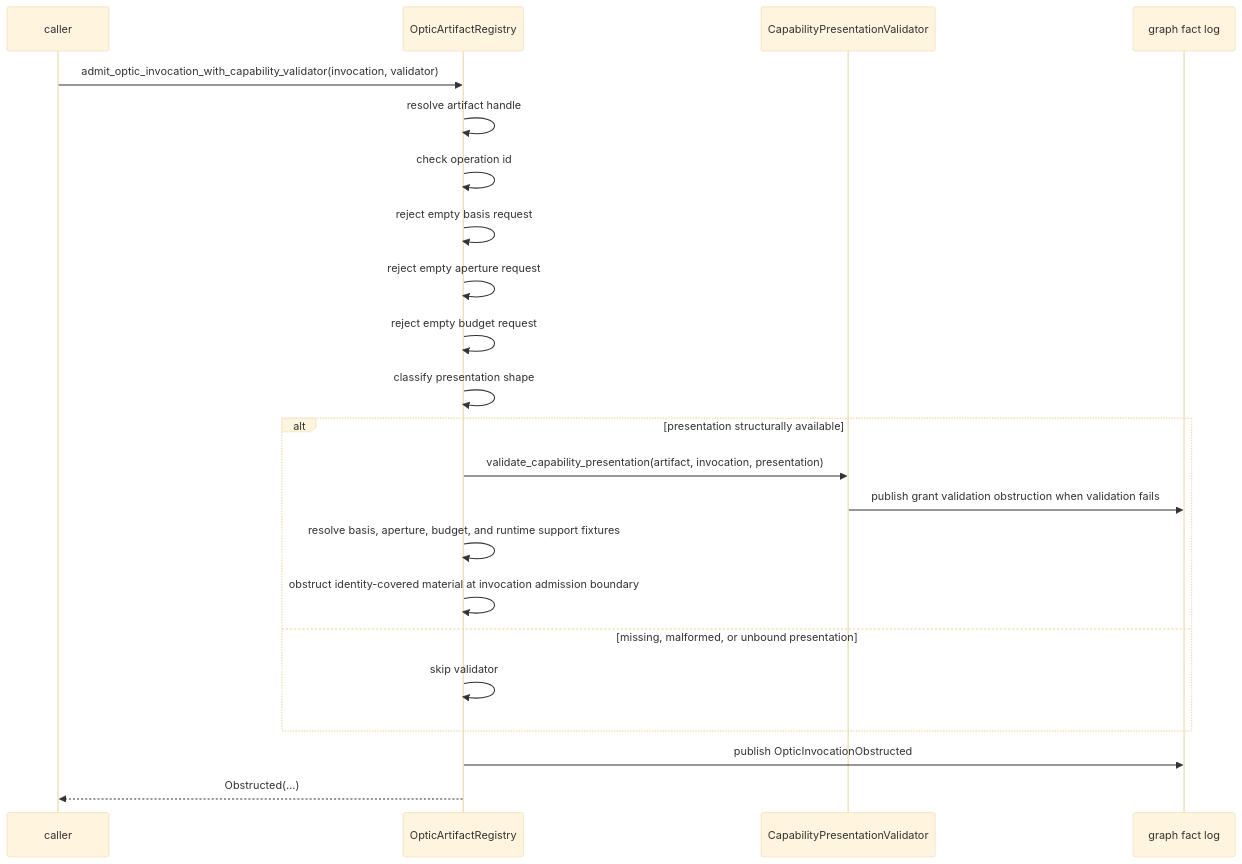
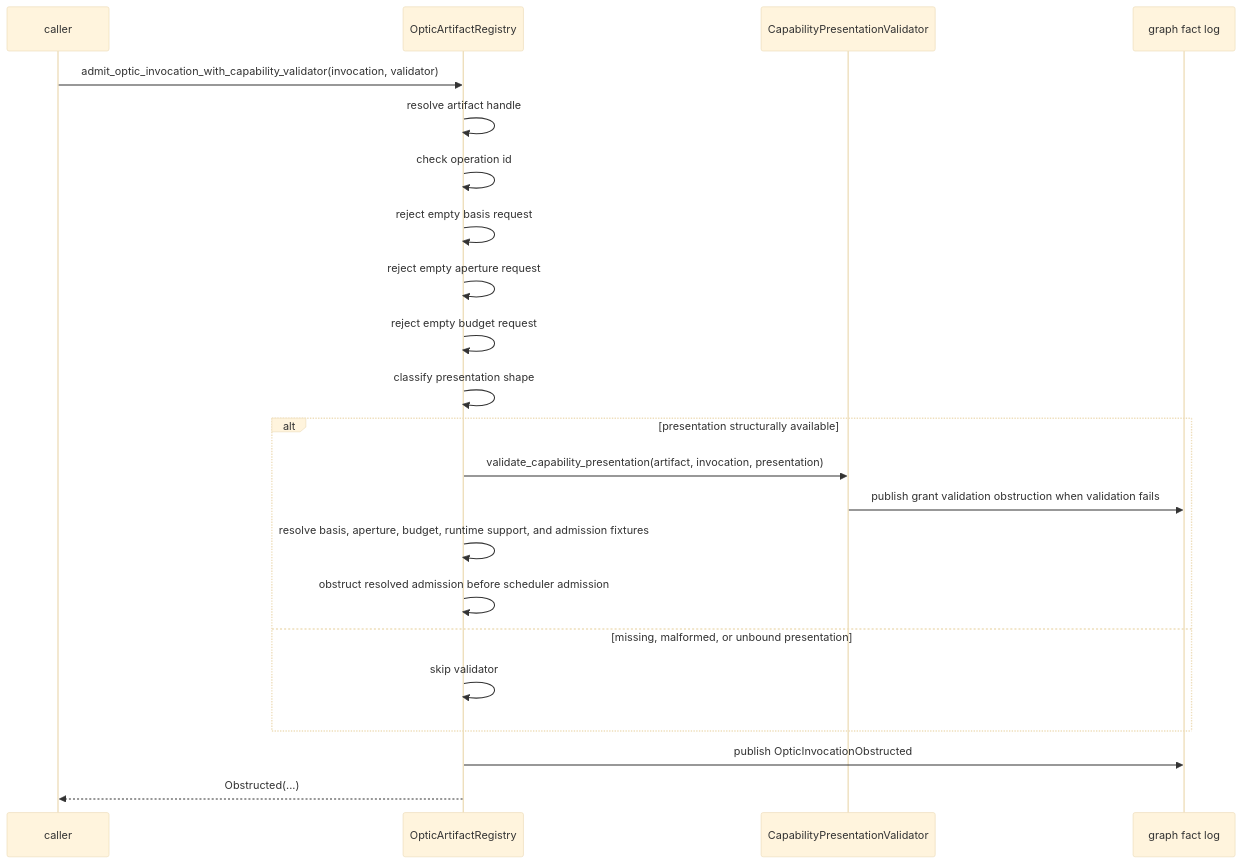
Before and after one commit to flyingrobots/echo: the second of 4 diagrams in docs/design/budget-and-runtime-support-optic-admission.md, drawn with Mermaid (base theme). The commit also changed other lines of this file and 2 other files, not shown here.

Commit message:
docs: record invocation admission v0 boundary

````diff
--- a/docs/design/budget-and-runtime-support-optic-admission.md
+++ b/docs/design/budget-and-runtime-support-optic-admission.md
@@ -120,25 +125,25 @@
 ```mermaid
 sequenceDiagram
   participant Caller as caller
   participant Registry as OpticArtifactRegistry
   participant Validator as CapabilityPresentationValidator
   participant Facts as graph fact log
 
   Caller->>Registry: admit_optic_invocation_with_capability_validator(invocation, validator)
   Registry->>Registry: resolve artifact handle
   Registry->>Registry: check operation id
   Registry->>Registry: reject empty basis request
   Registry->>Registry: reject empty aperture request
   Registry->>Registry: reject empty budget request
   Registry->>Registry: classify presentation shape
   alt presentation structurally available
     Registry->>Validator: validate_capability_presentation(artifact, invocation, presentation)
     Validator->>Facts: publish grant validation obstruction when validation fails
-    Registry->>Registry: resolve basis, aperture, budget, and runtime support fixtures
-    Registry->>Registry: obstruct identity-covered material at invocation admission boundary
+    Registry->>Registry: resolve basis, aperture, budget, runtime support, and admission fixtures
+    Registry->>Registry: obstruct resolved admission before scheduler admission
   else missing, malformed, or unbound presentation
     Registry->>Registry: skip validator
   end
   Registry->>Facts: publish OpticInvocationObstructed
   Registry-->>Caller: Obstructed(...)
 ```
````
